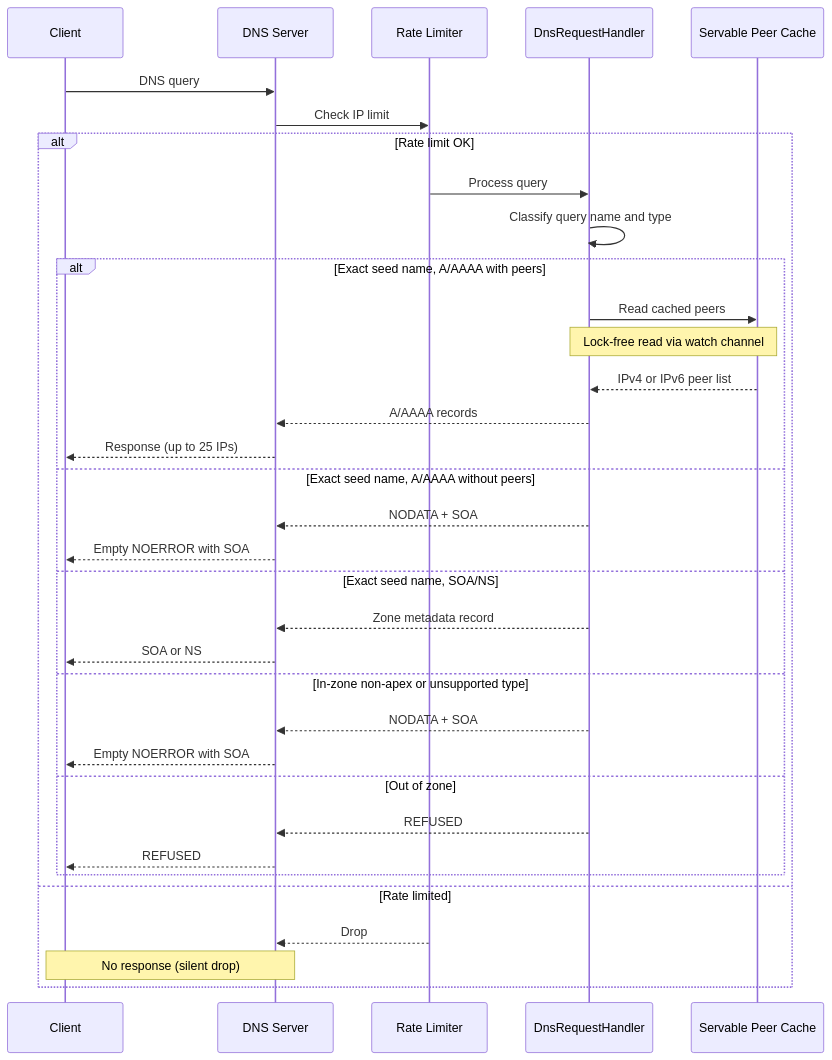
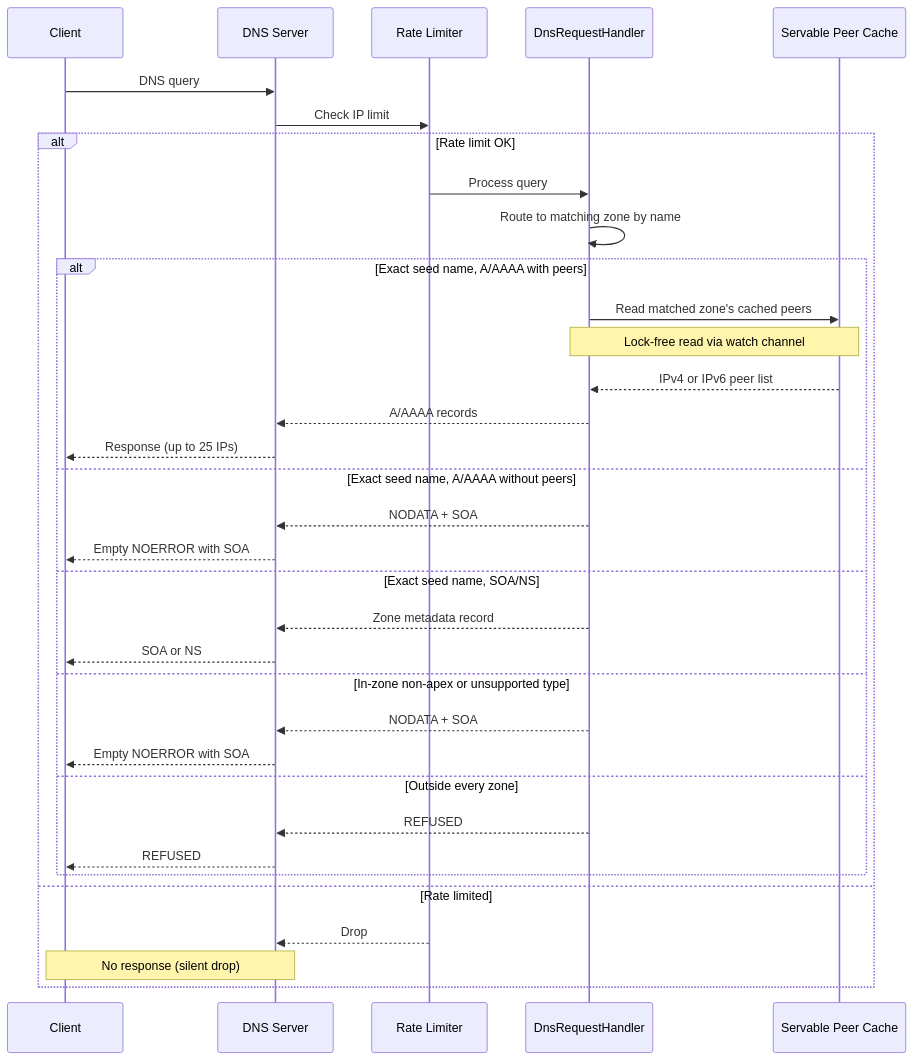
Before and after one commit to ZcashFoundation/zeeder: the second of 4 diagrams in docs/architecture.md, drawn with Mermaid. The commit also changed other lines of this file and 18 other files, not shown here.

````diff
--- a/docs/architecture.md
+++ b/docs/architecture.md
@@ -46,31 +49,31 @@
 ```mermaid
 sequenceDiagram
     Client->>DNS Server: DNS query
     DNS Server->>Rate Limiter: Check IP limit
     alt Rate limit OK
         Rate Limiter->>DnsRequestHandler: Process query
-        DnsRequestHandler->>DnsRequestHandler: Classify query name and type
+        DnsRequestHandler->>DnsRequestHandler: Route to matching zone by name
         alt Exact seed name, A/AAAA with peers
-            DnsRequestHandler->>Servable Peer Cache: Read cached peers
+            DnsRequestHandler->>Servable Peer Cache: Read matched zone's cached peers
             Note over DnsRequestHandler,Servable Peer Cache: Lock-free read via watch channel
             Servable Peer Cache-->>DnsRequestHandler: IPv4 or IPv6 peer list
             DnsRequestHandler-->>DNS Server: A/AAAA records
             DNS Server-->>Client: Response (up to 25 IPs)
         else Exact seed name, A/AAAA without peers
             DnsRequestHandler-->>DNS Server: NODATA + SOA
             DNS Server-->>Client: Empty NOERROR with SOA
         else Exact seed name, SOA/NS
             DnsRequestHandler-->>DNS Server: Zone metadata record
             DNS Server-->>Client: SOA or NS
         else In-zone non-apex or unsupported type
             DnsRequestHandler-->>DNS Server: NODATA + SOA
             DNS Server-->>Client: Empty NOERROR with SOA
-        else Out of zone
+        else Outside every zone
             DnsRequestHandler-->>DNS Server: REFUSED
             DNS Server-->>Client: REFUSED
         end
     else Rate limited
         Rate Limiter-->>DNS Server: Drop
         Note over Client,DNS Server: No response (silent drop)
     end
 ```
````
